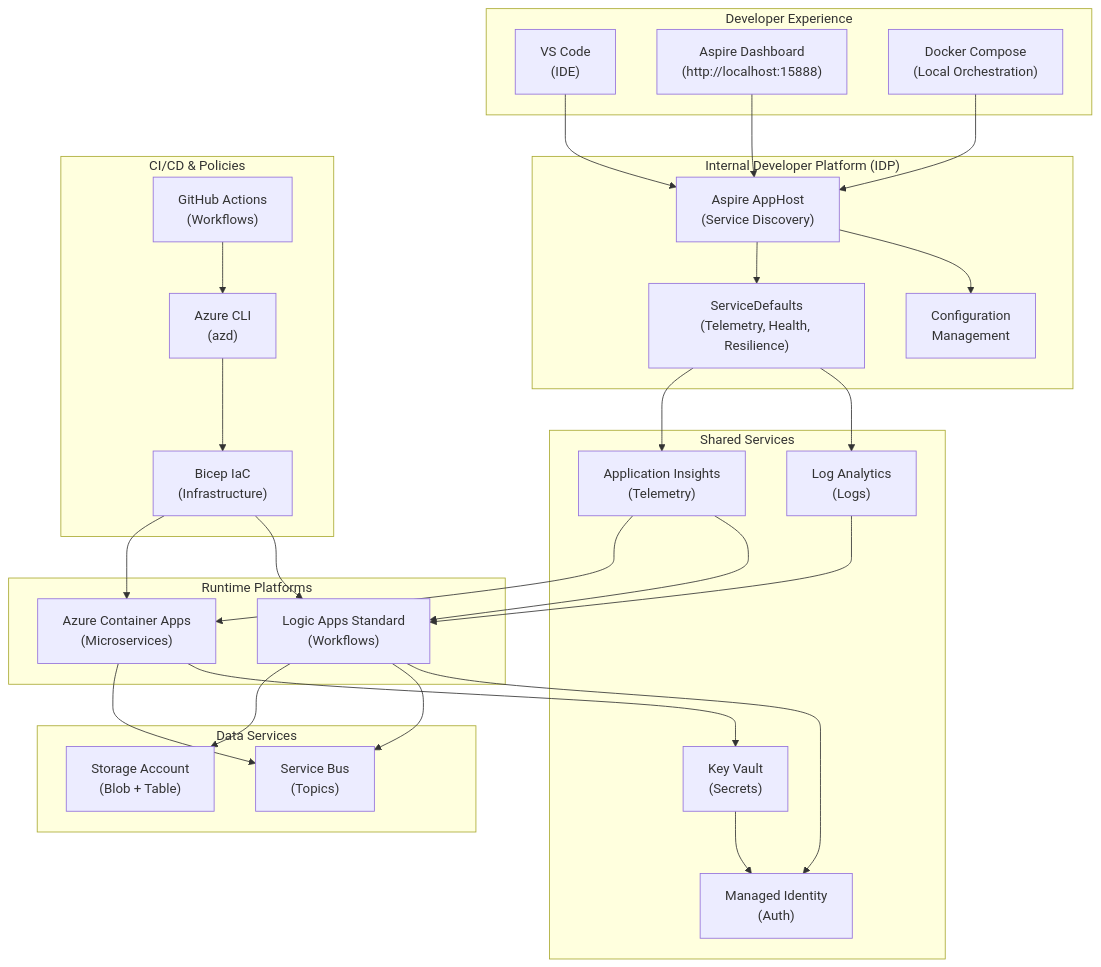
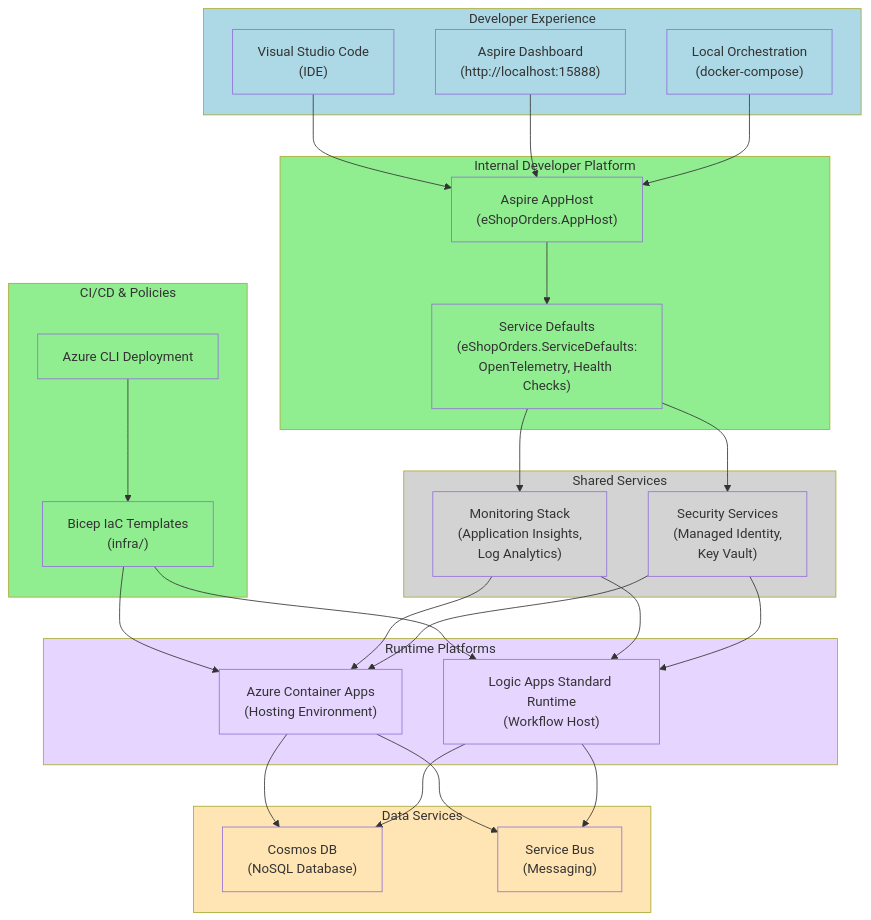
Diagram 12 of 12 in README.md (Evilazaro/Azure-LogicApps-Monitoring), drawn with Mermaid before and after one commit. The commit also changed other lines of this file, not shown here.

Commit message:
refactor: update flowcharts in README.md for improved clarity and consistency

````diff
--- a/README.md
+++ b/README.md
@@ -730,64 +850,76 @@
 ```mermaid
 flowchart TB
     subgraph DeveloperExperience["Developer Experience"]
-        VSCode["VS Code<br/>(IDE)"]
+        VSCode["Visual Studio Code<br/>(IDE)"]
         AspireDashboard["Aspire Dashboard<br/>(http://localhost:15888)"]
-        DockerCompose["Docker Compose<br/>(Local Orchestration)"]
+        LocalOrchestration["Local Orchestration<br/>(docker-compose)"]
     end
     
-    subgraph InternalDeveloperPlatform["Internal Developer Platform (IDP)"]
-        AspireAppHost["Aspire AppHost<br/>(Service Discovery)"]
-        ServiceDefaults["ServiceDefaults<br/>(Telemetry, Health, Resilience)"]
-        ConfigManagement["Configuration<br/>Management"]
+    subgraph InternalDeveloperPlatform["Internal Developer Platform"]
+        AspireAppHost["Aspire AppHost<br/>(eShopOrders.AppHost)"]
+        ServiceDefaults["Service Defaults<br/>(eShopOrders.ServiceDefaults:<br/>OpenTelemetry, Health Checks)"]
     end
     
     subgraph CICDPipelines["CI/CD & Policies"]
-        GitHubActions["GitHub Actions<br/>(Workflows)"]
-        BicepTemplates["Bicep IaC<br/>(Infrastructure)"]
-        AzureCLI["Azure CLI<br/>(azd)"]
+        BicepTemplates["Bicep IaC Templates<br/>(infra/)"]
+        AzureCLI["Azure CLI Deployment"]
     end
     
     subgraph RuntimePlatforms["Runtime Platforms"]
-        ContainerApps["Azure Container Apps<br/>(Microservices)"]
-        LogicAppsRuntime["Logic Apps Standard<br/>(Workflows)"]
+        ContainerApps["Azure Container Apps<br/>(Hosting Environment)"]
+        LogicAppsRuntime["Logic Apps Standard Runtime<br/>(Workflow Host)"]
     end
     
     subgraph SharedServices["Shared Services"]
-        Monitoring["Application Insights<br/>(Telemetry)"]
-        LogAnalytics["Log Analytics<br/>(Logs)"]
-        KeyVault["Key Vault<br/>(Secrets)"]
-        ManagedIdentity["Managed Identity<br/>(Auth)"]
+        MonitoringStack["Monitoring Stack<br/>(Application Insights,<br/>Log Analytics)"]
+        SecurityServices["Security Services<br/>(Managed Identity,<br/>Key Vault)"]
     end
     
     subgraph DataServices["Data Services"]
-        StorageAccount["Storage Account<br/>(Blob + Table)"]
-        ServiceBus["Service Bus<br/>(Topics)"]
+        CosmosDB["Cosmos DB<br/>(NoSQL Database)"]
+        ServiceBus["Service Bus<br/>(Messaging)"]
     end
     
     VSCode --> AspireAppHost
     AspireDashboard --> AspireAppHost
-    DockerCompose --> AspireAppHost
+    LocalOrchestration --> AspireAppHost
     
     AspireAppHost --> ServiceDefaults
-    AspireAppHost --> ConfigManagement
     
-    GitHubActions --> AzureCLI
-    AzureCLI --> BicepTemplates
     BicepTemplates --> ContainerApps
     BicepTemplates --> LogicAppsRuntime
+    AzureCLI --> BicepTemplates
     
-    ServiceDefaults --> Monitoring
-    ServiceDefaults --> LogAnalytics
+    ServiceDefaults --> MonitoringStack
+    ServiceDefaults --> SecurityServices
     
+    ContainerApps --> CosmosDB
     ContainerApps --> ServiceBus
-    LogicAppsRuntime --> StorageAccount
+    LogicAppsRuntime --> CosmosDB
     LogicAppsRuntime --> ServiceBus
     
-    ContainerApps --> KeyVault
-    LogicAppsRuntime --> ManagedIdentity
-    KeyVault --> ManagedIdentity
+    MonitoringStack --> ContainerApps
+    MonitoringStack --> LogicAppsRuntime
+    SecurityServices --> ContainerApps
+    SecurityServices --> LogicAppsRuntime
     
-    Monitoring --> ContainerApps
-    Monitoring --> LogicAppsRuntime
-    LogAnalytics --> LogicAppsRuntime
+    style DeveloperExperience fill:#ADD8E6
+    style InternalDeveloperPlatform fill:#90EE90
+    style CICDPipelines fill:#90EE90
+    style RuntimePlatforms fill:#E6D5FF
+    style SharedServices fill:#D3D3D3
+    style DataServices fill:#FFE5B4
+    style VSCode fill:#ADD8E6
+    style AspireDashboard fill:#ADD8E6
+    style LocalOrchestration fill:#ADD8E6
+    style AspireAppHost fill:#90EE90
+    style ServiceDefaults fill:#90EE90
+    style BicepTemplates fill:#90EE90
+    style AzureCLI fill:#90EE90
+    style ContainerApps fill:#E6D5FF
+    style LogicAppsRuntime fill:#E6D5FF
+    style MonitoringStack fill:#D3D3D3
+    style SecurityServices fill:#D3D3D3
+    style CosmosDB fill:#FFE5B4
+    style ServiceBus fill:#FFE5B4
 ```
````
